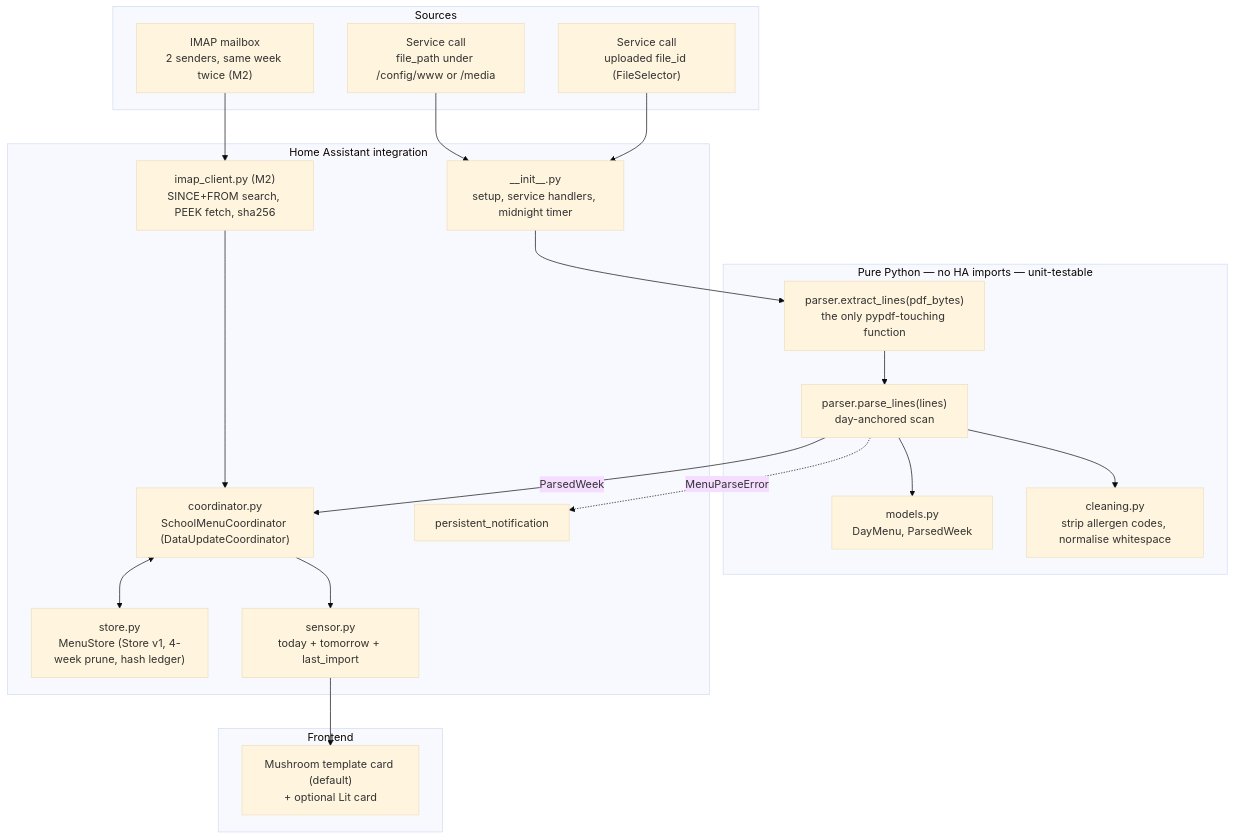
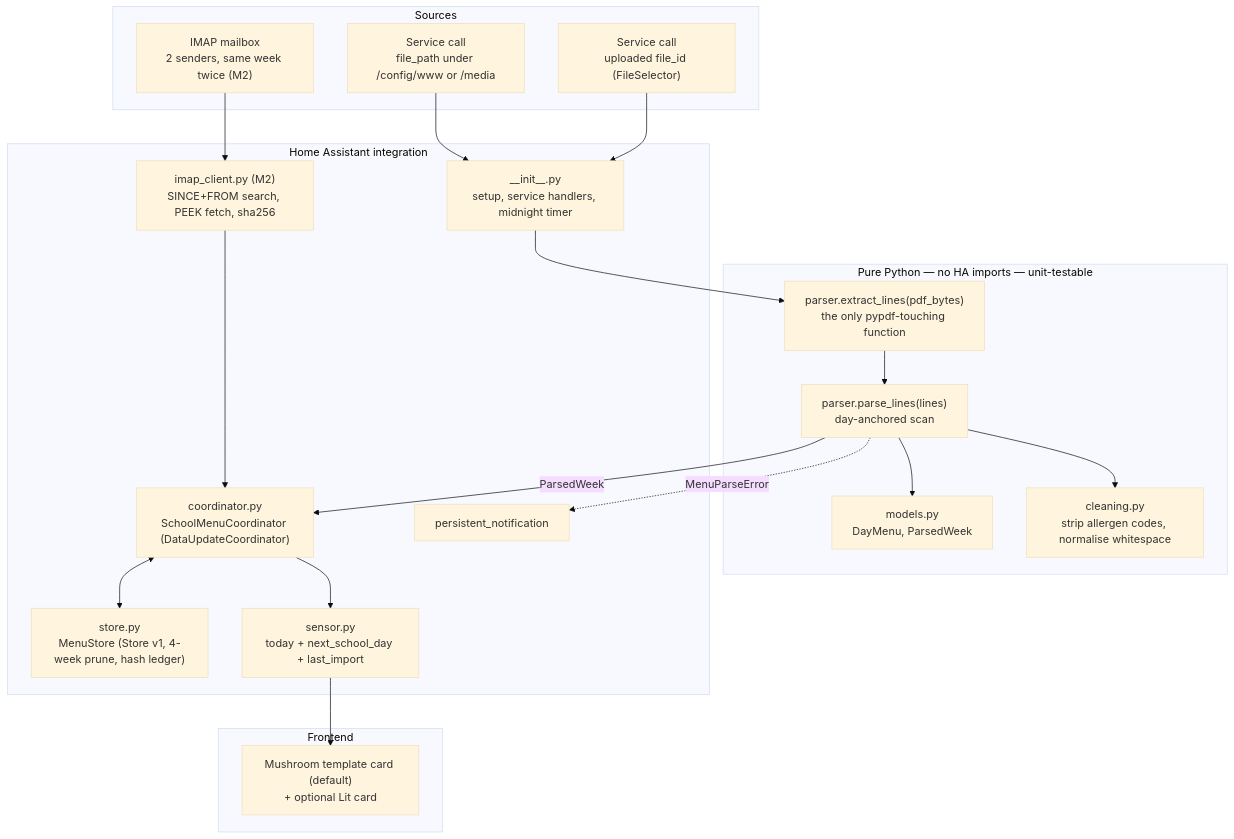
Before and after one commit to helmerj/HA-Speiseplan: the first of 2 diagrams in docs/0002-design.md, drawn with Mermaid (base theme). The commit also changed other lines of this file and 12 other files, not shown here.

First line of the commit message:
Rename sensor.school_menu_tomorrow to sensor.school_menu_next_school_day

````diff
--- a/docs/0002-design.md
+++ b/docs/0002-design.md
@@ -49,41 +49,41 @@
 ```mermaid
 flowchart TB
     subgraph src["Sources"]
         A1["Service call<br/>file_path under /config/www or /media"]
         A2["Service call<br/>uploaded file_id (FileSelector)"]
         A3["IMAP mailbox<br/>2 senders, same week twice (M2)"]
     end
 
     subgraph pure["Pure Python — no HA imports — unit-testable"]
         E["parser.extract_lines(pdf_bytes)<br/>the only pypdf-touching function"]
         P["parser.parse_lines(lines)<br/>day-anchored scan"]
         M["models.py<br/>DayMenu, ParsedWeek"]
         C["cleaning.py<br/>strip allergen codes, normalise whitespace"]
     end
 
     subgraph ha["Home Assistant integration"]
         I["__init__.py<br/>setup, service handlers, midnight timer"]
         IM["imap_client.py (M2)<br/>SINCE+FROM search, PEEK fetch, sha256"]
         CO["coordinator.py<br/>SchoolMenuCoordinator (DataUpdateCoordinator)"]
         ST["store.py<br/>MenuStore (Store v1, 4-week prune, hash ledger)"]
-        SE["sensor.py<br/>today + tomorrow + last_import"]
+        SE["sensor.py<br/>today + next_school_day + last_import"]
         N["persistent_notification"]
     end
 
     subgraph fe["Frontend"]
         CARD["Mushroom template card (default)<br/>+ optional Lit card"]
     end
 
     A1 --> I
     A2 --> I
     A3 --> IM --> CO
     I --> E
     E --> P
     P --> C
     P --> M
     P -->|ParsedWeek| CO
     P -.->|MenuParseError| N
     CO <--> ST
     CO --> SE
     SE --> CARD
 ```
````
